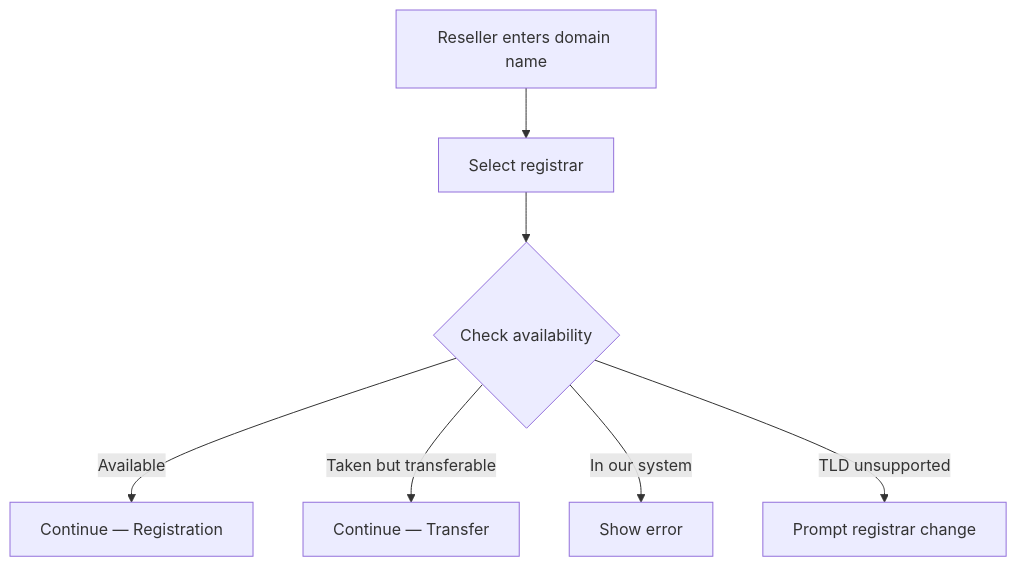
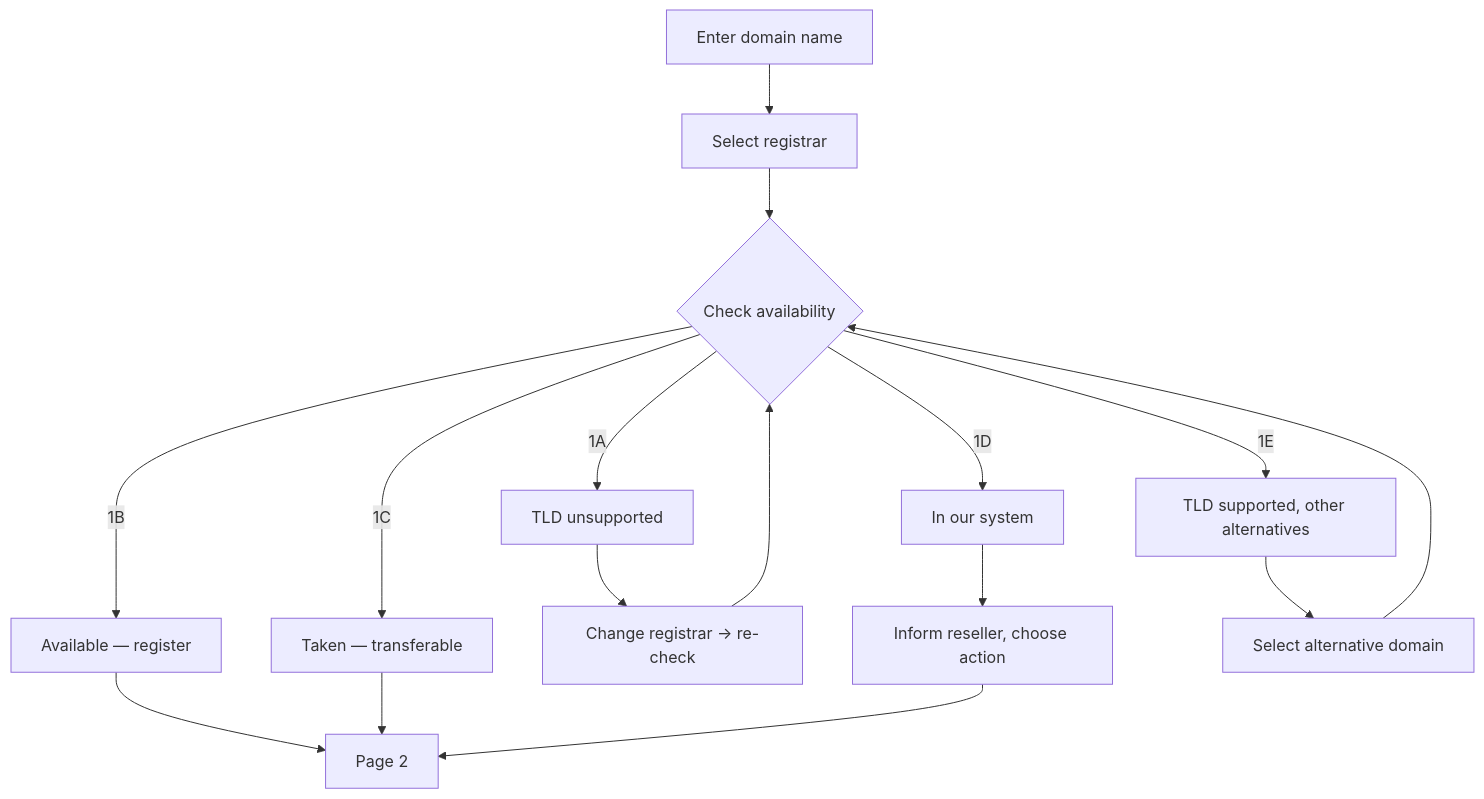
The second of 9 diagrams in Documentation/SalesWorkflow.md (hansos/DR_Admin), drawn with Mermaid before and after one commit. The commit also changed other lines of this file and 1 other file, not shown here.

First line of the commit message:
Add detailed SalesWorkflow documentation for reseller flow

````diff
--- a/Documentation/SalesWorkflow.md
+++ b/Documentation/SalesWorkflow.md
@@ -39,9 +49,18 @@
 ```mermaid
 flowchart TD
-    A["Reseller enters domain name"] --> B["Select registrar"]
+    A["Enter domain name"] --> B["Select registrar"]
     B --> C{"Check availability"}
-    C -->|Available| D["Continue — Registration"]
-    C -->|Taken but transferable| E["Continue — Transfer"]
-    C -->|In our system| F["Show error"]
-    C -->|TLD unsupported| G["Prompt registrar change"]
+    C -->|1A| D["TLD unsupported"]
+    C -->|1B| E["Available — register"]
+    C -->|1C| F["Taken — transferable"]
+    C -->|1D| G["In our system"]
+    C -->|1E| H["TLD supported, other alternatives"]
+    D --> I["Change registrar → re-check"]
+    I --> C
+    E --> J["Page 2"]
+    F --> J
+    G --> K["Inform reseller, choose action"]
+    K --> J
+    H --> L["Select alternative domain"]
+    L --> C
 ```
````
